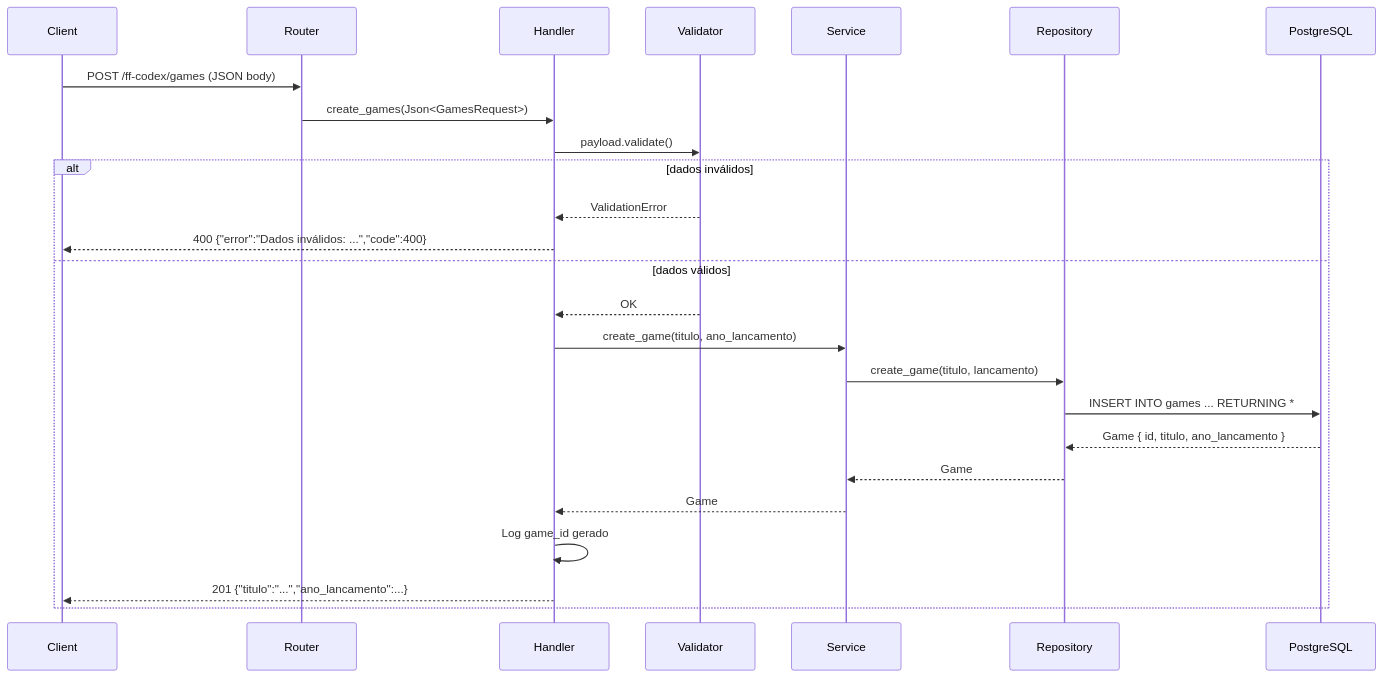
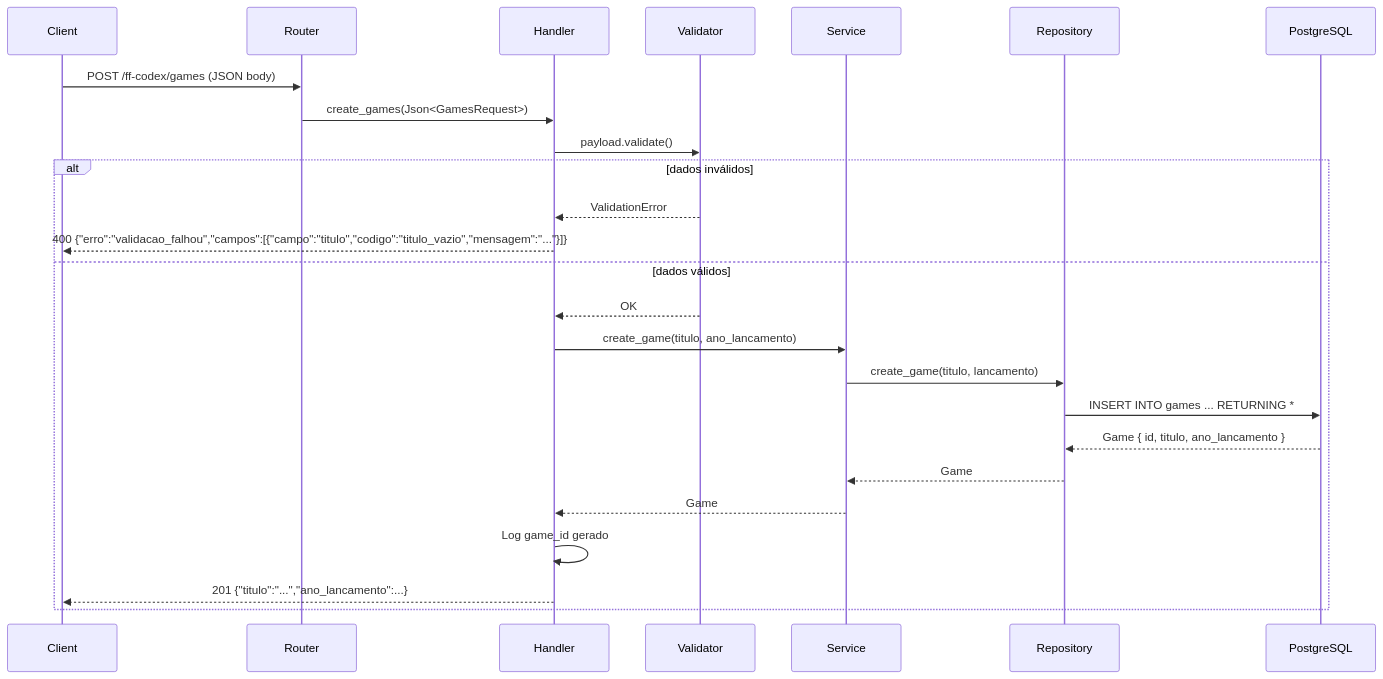
The fourth of 6 diagrams in README.md (Daniel-Dos/ff-codex), drawn with Mermaid before and after one commit. The commit also changed other lines of this file and 3 other files, not shown here.

````diff
--- a/README.md
+++ b/README.md
@@ -183,28 +183,28 @@
 ```mermaid
 sequenceDiagram
     participant C as Client
     participant R as Router
     participant H as Handler
     participant V as Validator
     participant S as Service
     participant RE as Repository
     participant DB as PostgreSQL
 
     C->>R: POST /ff-codex/games (JSON body)
     R->>H: create_games(Json<GamesRequest>)
     H->>V: payload.validate()
     alt dados inválidos
         V-->>H: ValidationError
-        H-->>C: 400 {"error":"Dados inválidos: ...","code":400}
+        H-->>C: 400 {"erro":"validacao_falhou","campos":[{"campo":"titulo","codigo":"titulo_vazio","mensagem":"..."}]}
     else dados válidos
         V-->>H: OK
         H->>S: create_game(titulo, ano_lancamento)
         S->>RE: create_game(titulo, lancamento)
         RE->>DB: INSERT INTO games ... RETURNING *
         DB-->>RE: Game { id, titulo, ano_lancamento }
         RE-->>S: Game
         S-->>H: Game
         H->>H: Log game_id gerado
         H-->>C: 201 {"titulo":"...","ano_lancamento":...}
     end
 ```
````
